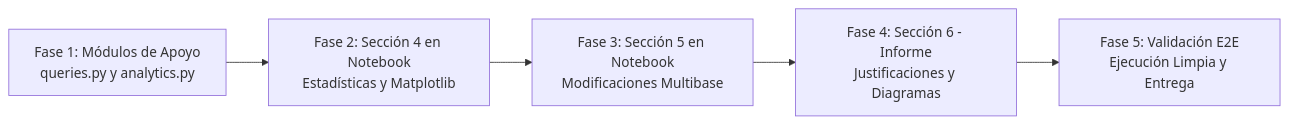
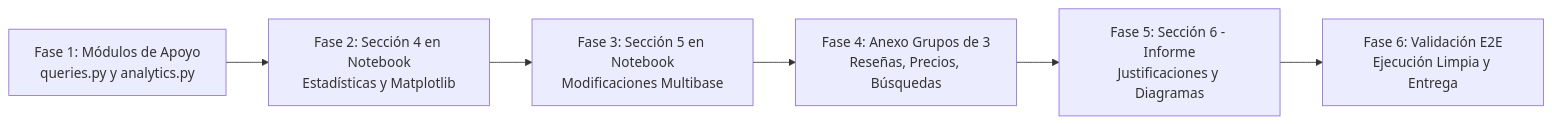
The diagram in task.md (agustin-antimi/base_de_datos_trabajo_integrador), drawn with Mermaid before and after one commit. The commit also changed other lines of this file, not shown here.

Commit message:
docs: agregar consignas del anexo al plan de trabajo y auditoria en task.md

````diff
--- a/task.md
+++ b/task.md
@@ -32,7 +36,8 @@
 ```mermaid
 graph LR
     F1[Fase 1: Módulos de Apoyo\nqueries.py y analytics.py] --> F2[Fase 2: Sección 4 en Notebook\nEstadísticas y Matplotlib]
     F2 --> F3[Fase 3: Sección 5 en Notebook\nModificaciones Multibase]
-    F3 --> F4[Fase 4: Sección 6 - Informe\nJustificaciones y Diagramas]
-    F4 --> F5[Fase 5: Validación E2E\nEjecución Limpia y Entrega]
+    F3 --> F4[Fase 4: Anexo Grupos de 3\nReseñas, Precios, Búsquedas]
+    F4 --> F5[Fase 5: Sección 6 - Informe\nJustificaciones y Diagramas]
+    F5 --> F6[Fase 6: Validación E2E\nEjecución Limpia y Entrega]
 ```
````
